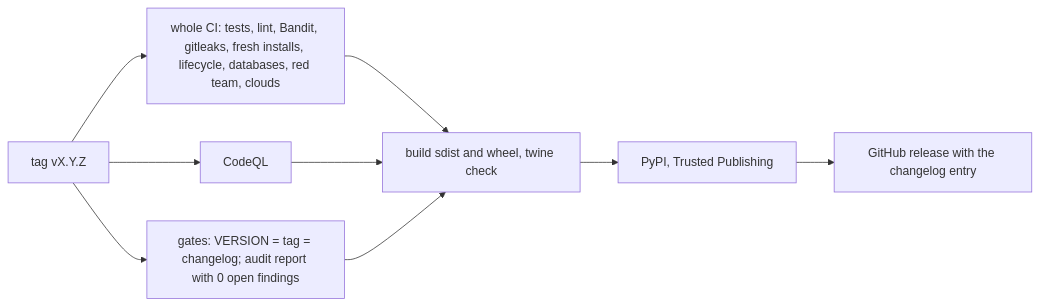
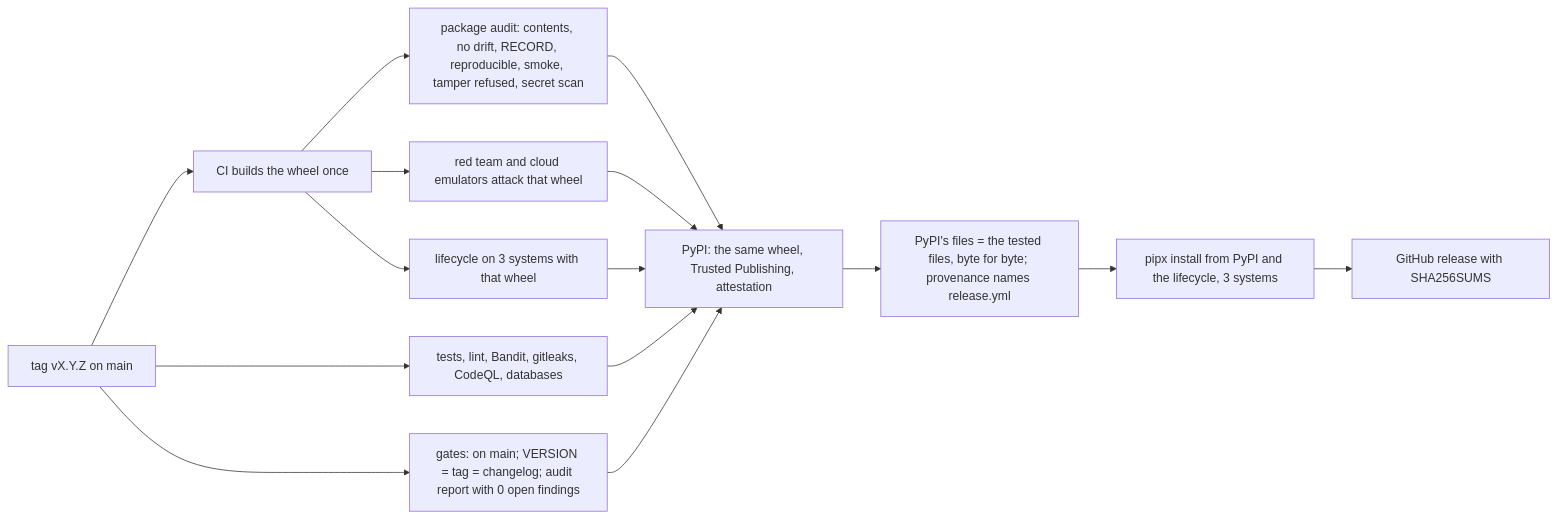
One commit to 855princekumar/host-guard changed the diagram in docs/RELEASING.md. Above: the diagram before and after it, drawn with Mermaid. The commit also changed other lines of this file and 12 other files, not shown here.

First line of the commit message:
0.3.1: the pip package is the thing tested, and it checks itself

````diff
--- a/docs/RELEASING.md
+++ b/docs/RELEASING.md
@@ -6,9 +6,13 @@
 ```mermaid
 flowchart LR
-    T[tag vX.Y.Z] --> CI[whole CI: tests, lint, Bandit, gitleaks, fresh installs, lifecycle, databases, red team, clouds]
-    T --> Q[CodeQL]
-    T --> G[gates: VERSION = tag = changelog; audit report with 0 open findings]
-    CI & Q & G --> B[build sdist and wheel, twine check]
-    B --> P[PyPI, Trusted Publishing]
-    P --> R[GitHub release with the changelog entry]
+    T[tag vX.Y.Z on main] --> W[CI builds the wheel once]
+    W --> A[package audit: contents, no drift, RECORD, reproducible, smoke, tamper refused, secret scan]
+    W --> RT[red team and cloud emulators attack that wheel]
+    W --> L[lifecycle on 3 systems with that wheel]
+    T --> CI[tests, lint, Bandit, gitleaks, CodeQL, databases]
+    T --> G[gates: on main; VERSION = tag = changelog; audit report with 0 open findings]
+    A & RT & L & CI & G --> P[PyPI: the same wheel, Trusted Publishing, attestation]
+    P --> V[PyPI's files = the tested files, byte for byte; provenance names release.yml]
+    V --> I[pipx install from PyPI and the lifecycle, 3 systems]
+    I --> R[GitHub release with SHA256SUMS]
 ```
````
